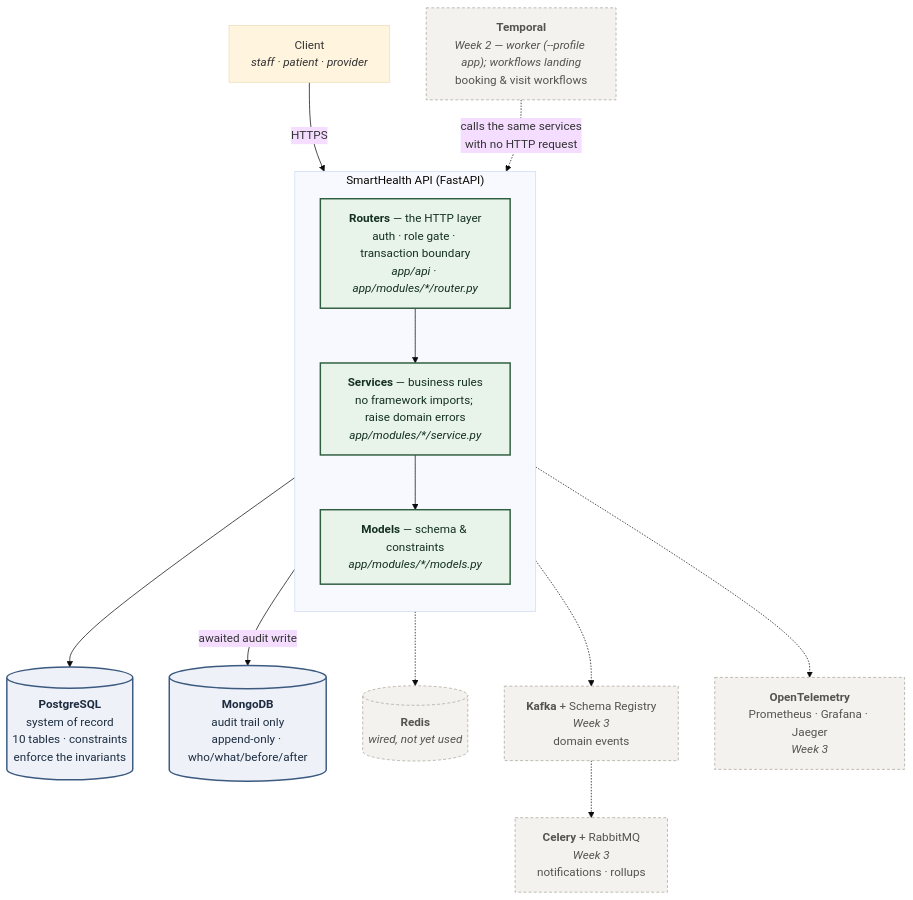
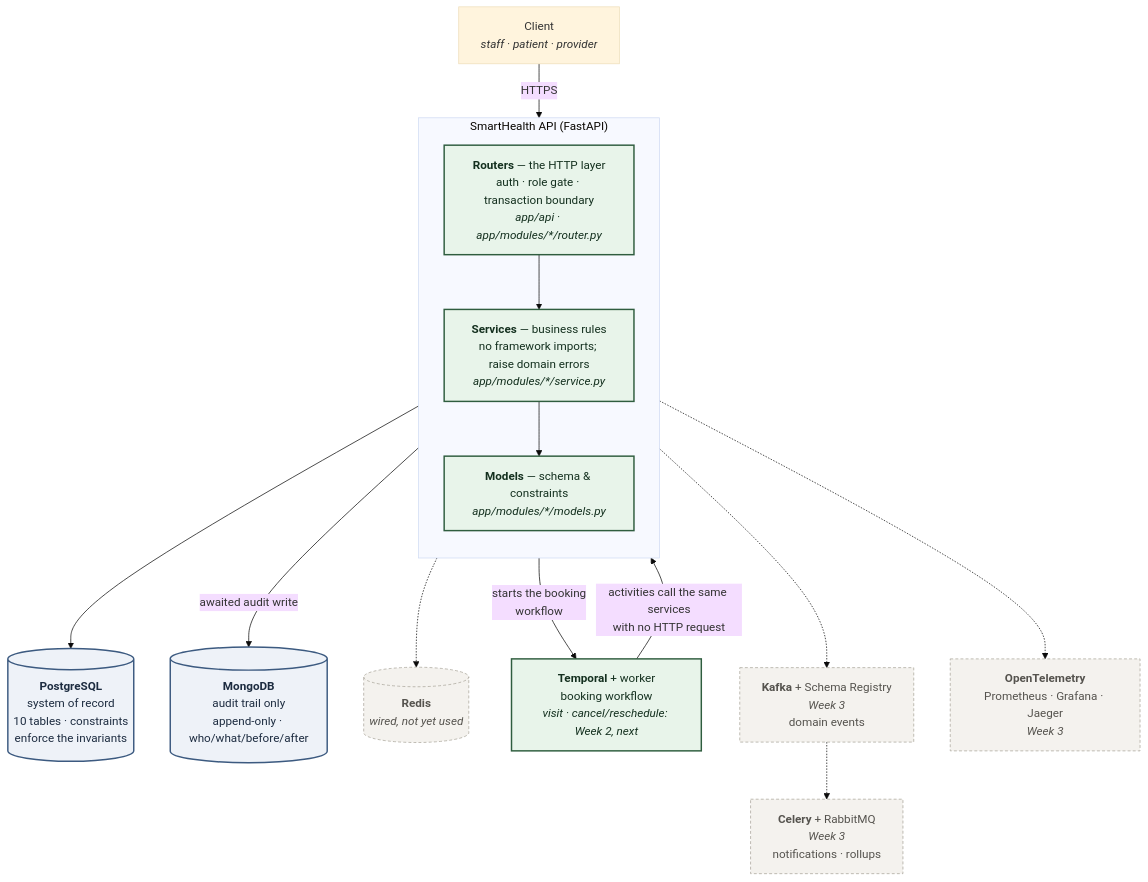
Before and after one commit to sadainiqrar/smarthealth: the first of 3 diagrams in README.md, drawn with Mermaid (base theme). The commit also changed other lines of this file and 3 other files, not shown here.

````diff
--- a/README.md
+++ b/README.md
@@ -25,38 +27,39 @@
 ```mermaid
 flowchart TB
     client["Client<br/><i>staff · patient · provider</i>"]
 
     subgraph app["SmartHealth API (FastAPI)"]
         direction TB
         routers["<b>Routers</b> — the HTTP layer<br/>auth · role gate · transaction boundary<br/><i>app/api · app/modules/*/router.py</i>"]
         services["<b>Services</b> — business rules<br/>no framework imports; raise domain errors<br/><i>app/modules/*/service.py</i>"]
         models["<b>Models</b> — schema &amp; constraints<br/><i>app/modules/*/models.py</i>"]
         routers --> services --> models
     end
 
     pg[("<b>PostgreSQL</b><br/>system of record<br/>10 tables · constraints<br/>enforce the invariants")]
     mongo[("<b>MongoDB</b><br/>audit trail only<br/>append-only · who/what/before/after")]
     redis[("<b>Redis</b><br/><i>wired, not yet used</i>")]
 
-    temporal["<b>Temporal</b><br/><i>Week 2 — worker (--profile app); workflows landing</i><br/>booking &amp; visit workflows"]
+    temporal["<b>Temporal</b> + worker<br/>booking workflow<br/><i>visit · cancel/reschedule: Week 2, next</i>"]
     kafka["<b>Kafka</b> + Schema Registry<br/><i>Week 3</i><br/>domain events"]
     celery["<b>Celery</b> + RabbitMQ<br/><i>Week 3</i><br/>notifications · rollups"]
     otel["<b>OpenTelemetry</b><br/>Prometheus · Grafana · Jaeger<br/><i>Week 3</i>"]
 
     client -->|HTTPS| routers
     models --> pg
     services -->|awaited audit write| mongo
     app -.-> redis
 
-    temporal -.->|"calls the same services<br/>with no HTTP request"| services
+    routers -->|"starts the booking<br/>workflow"| temporal
+    temporal -->|"activities call the same services<br/>with no HTTP request"| services
     services -.-> kafka
     kafka -.-> celery
     app -.-> otel
 
     classDef done fill:#e8f4ea,stroke:#2f5d3f,stroke-width:2px,color:#14301f
     classDef todo fill:#f4f2ee,stroke:#a9a49a,stroke-width:1px,stroke-dasharray:4 3,color:#55534e
     classDef store fill:#eef2f8,stroke:#3c5a80,stroke-width:2px,color:#1d2c40
-    class routers,services,models done
+    class routers,services,models,temporal done
     class pg,mongo store
-    class redis,temporal,kafka,celery,otel todo
+    class redis,kafka,celery,otel todo
 ```
````
